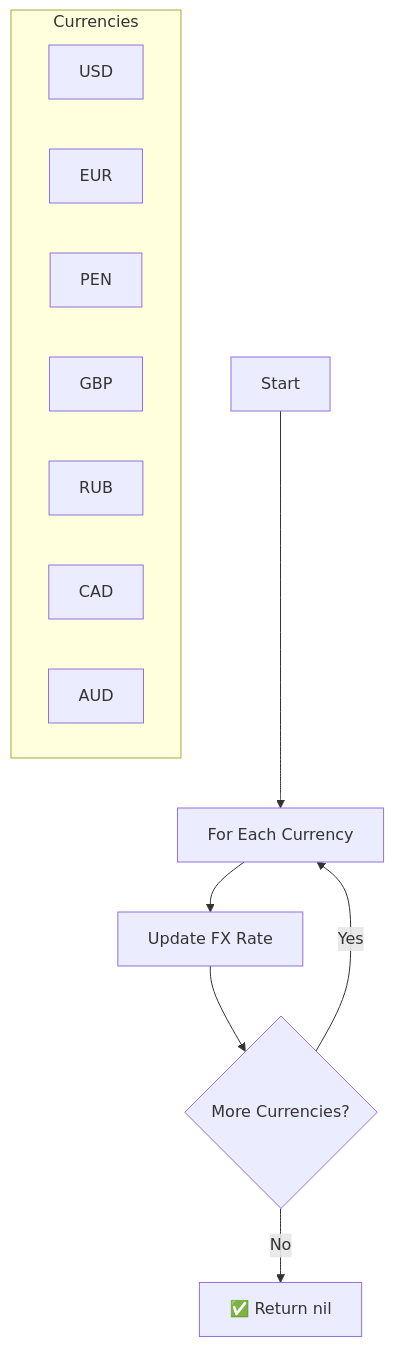
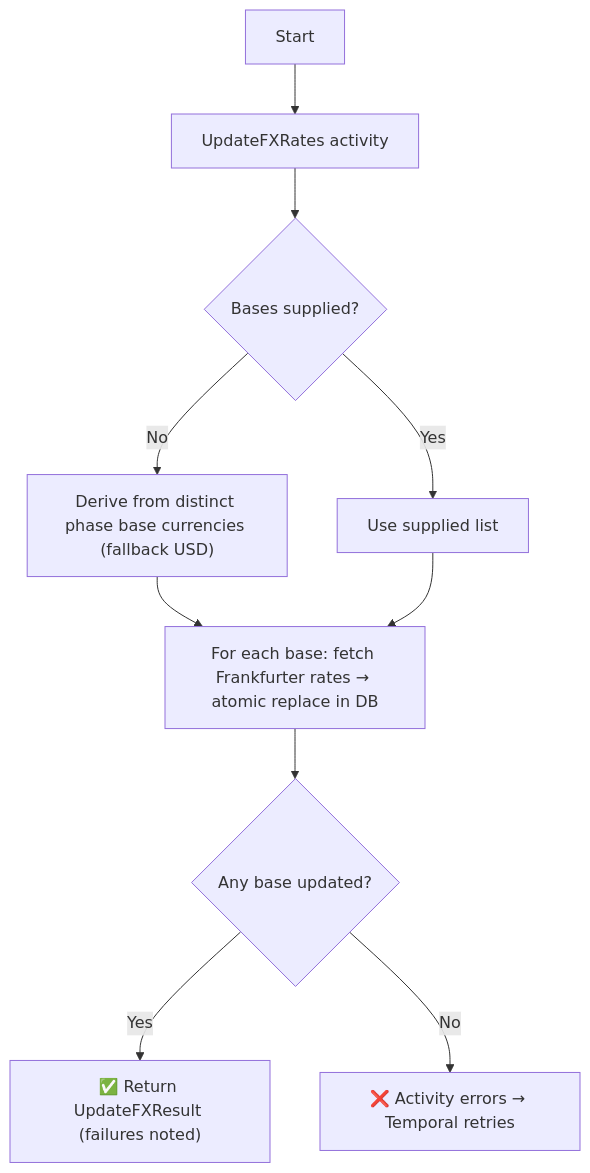
One commit to onasunnymorning/domain-os changed the diagram in internal/application/workflows/updateFX.doc.md. Above: the diagram before and after it, drawn with Mermaid. The commit also changed other lines of this file and 32 other files, not shown here.

Commit message:
refactor: migrate FX rates provider from OpenExchangeRates to Frankfurter API

````diff
--- a/internal/application/workflows/updateFX.doc.md
+++ b/internal/application/workflows/updateFX.doc.md
@@ -19,18 +23,12 @@
 ```mermaid
 graph TD
-    A["Start"] --> B["For Each Currency"]
-    B --> C["Update FX Rate"]
-    C --> D{"More Currencies?"}
-    D -- Yes --> B
-    D -- No --> DONE["✅ Return nil"]
-
-    subgraph "Currencies"
-        USD["USD"]
-        EUR["EUR"]
-        PEN["PEN"]
-        GBP["GBP"]
-        RUB["RUB"]
-        CAD["CAD"]
-        AUD["AUD"]
-    end
+    A["Start"] --> B["UpdateFXRates activity"]
+    B --> C{"Bases supplied?"}
+    C -- No --> D["Derive from distinct phase base currencies (fallback USD)"]
+    C -- Yes --> E["Use supplied list"]
+    D --> F["For each base: fetch Frankfurter rates → atomic replace in DB"]
+    E --> F
+    F --> G{"Any base updated?"}
+    G -- Yes --> DONE["✅ Return UpdateFXResult (failures noted)"]
+    G -- No --> FAIL["❌ Activity errors → Temporal retries"]
 ```
````
